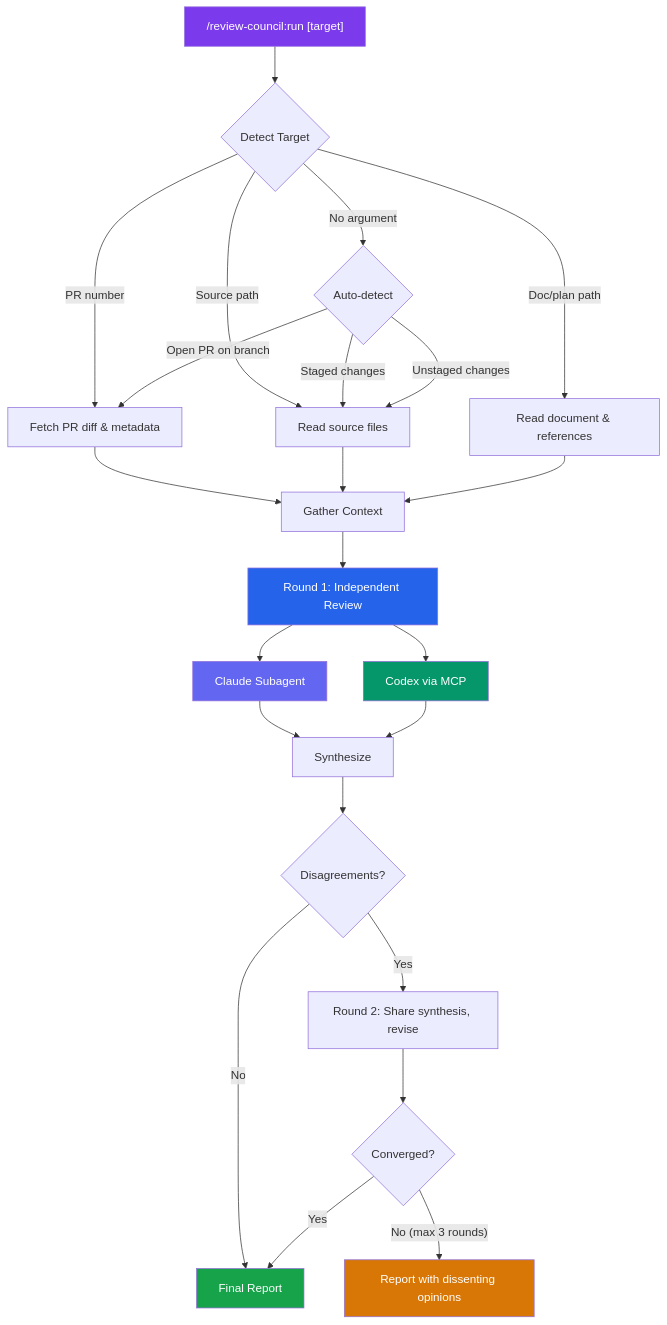
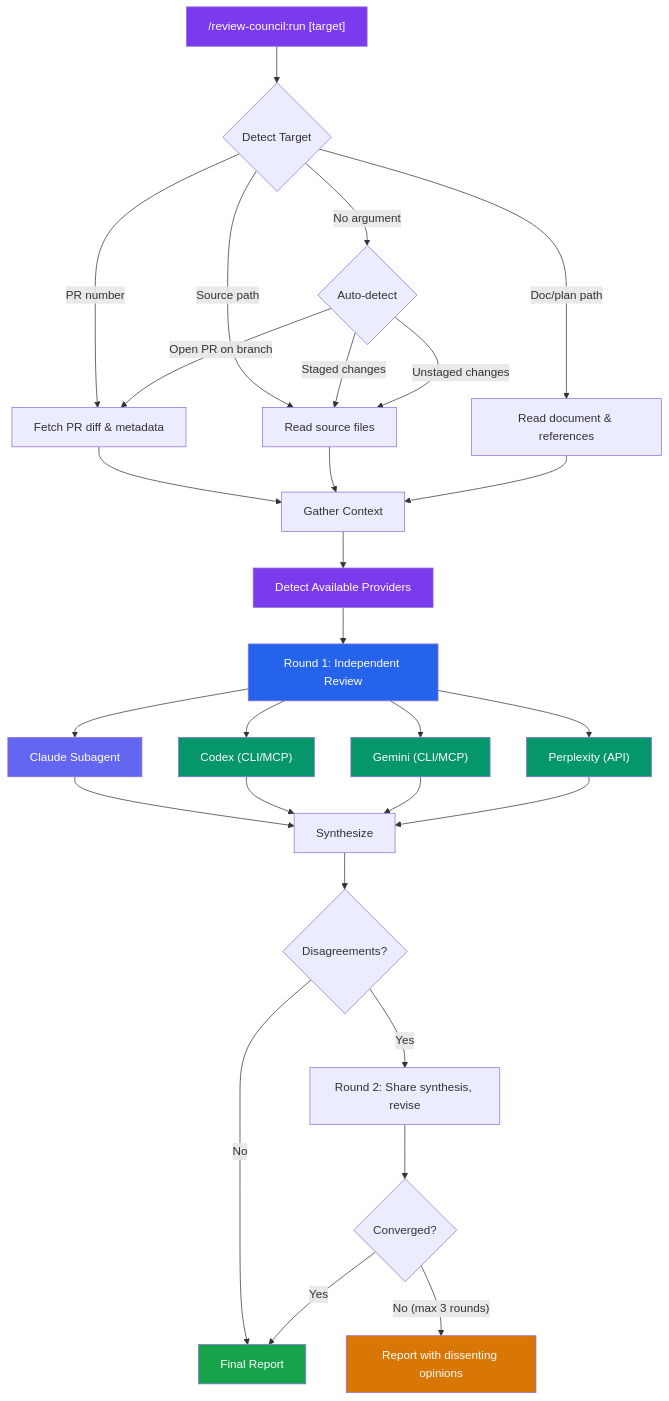
The first of 5 diagrams in README.md (deployhq/review-council), drawn with Mermaid before and after one commit. The commit also changed other lines of this file, not shown here.

Commit message:
docs: update README for v0.3 providers and skills migration

````diff
--- a/README.md
+++ b/README.md
@@ -34,38 +34,46 @@
 ```mermaid
 flowchart TD
     A["/review-council:run [target]"] --> B{Detect Target}
     B -->|PR number| C["Fetch PR diff & metadata"]
     B -->|Source path| D["Read source files"]
     B -->|Doc/plan path| E["Read document & references"]
     B -->|No argument| F{Auto-detect}
     F -->|Open PR on branch| C
     F -->|Staged changes| D
     F -->|Unstaged changes| D
 
     C --> G["Gather Context"]
     D --> G
     E --> G
 
-    G --> H["Round 1: Independent Review"]
+    G --> H0["Detect Available Providers"]
+    H0 --> H["Round 1: Independent Review"]
 
     H --> I["Claude Subagent"]
-    H --> J["Codex via MCP"]
+    H --> J["Codex (CLI/MCP)"]
+    H --> J2["Gemini (CLI/MCP)"]
+    H --> J3["Perplexity (API)"]
 
     I --> K["Synthesize"]
     J --> K
+    J2 --> K
+    J3 --> K
 
     K --> L{Disagreements?}
     L -->|"Yes"| M["Round 2: Share synthesis, revise"]
     L -->|"No"| N["Final Report"]
 
     M --> O{Converged?}
     O -->|"Yes"| N
     O -->|"No (max 3 rounds)"| P["Report with dissenting opinions"]
 
     style A fill:#7c3aed,color:#fff
+    style H0 fill:#7c3aed,color:#fff
     style H fill:#2563eb,color:#fff
     style I fill:#6366f1,color:#fff
     style J fill:#059669,color:#fff
+    style J2 fill:#059669,color:#fff
+    style J3 fill:#059669,color:#fff
     style N fill:#16a34a,color:#fff
     style P fill:#d97706,color:#fff
 ```
````
